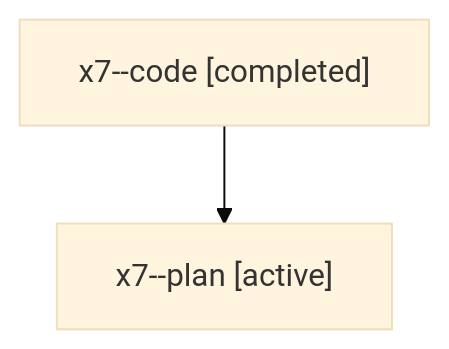
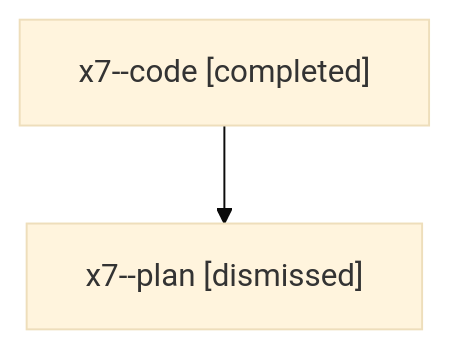
Before and after one commit to sase-org/sase--agents: the diagram in sessions/bbugyi200.athena.x7.md, drawn with Mermaid (base theme). The commit also changed other lines of this file and 30 other files, not shown here.

````diff
--- a/sessions/bbugyi200.athena.x7.md
+++ b/sessions/bbugyi200.athena.x7.md
@@ -9,6 +9,6 @@
 ```mermaid
 flowchart TD
   n0["x7--code [completed]"]
-  n1["x7--plan [active]"]
+  n1["x7--plan [dismissed]"]
   n0 --> n1
 ```
````
